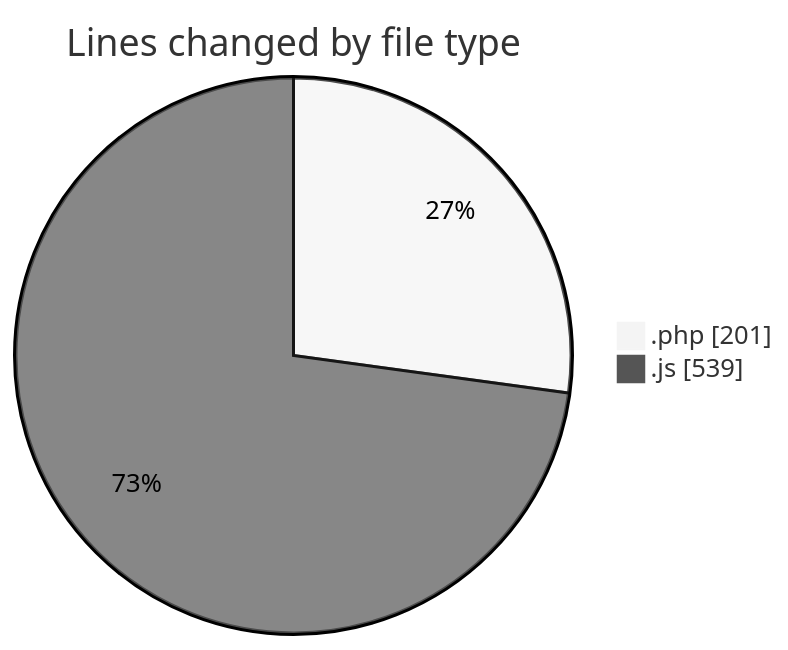
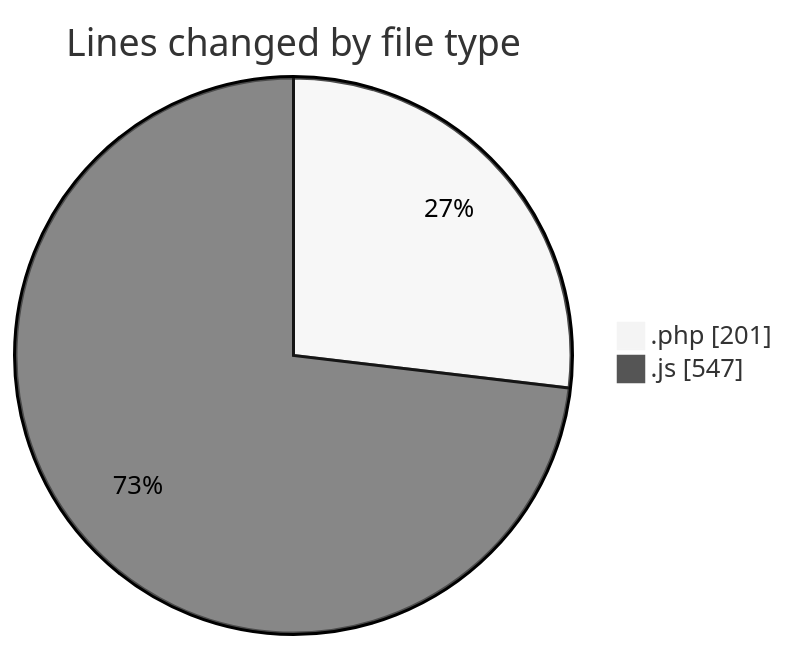
The first of 2 diagrams in 2025-09-29/untitled__workspace_/README.md (debugP/code-tracking), drawn with Mermaid (neutral theme) before and after one commit. The commit also changed other lines of this file and 1 other file, not shown here.

````diff
--- a/2025-09-29/untitled__workspace_/README.md
+++ b/2025-09-29/untitled__workspace_/README.md
@@ -21,6 +21,6 @@
 ```mermaid
 pie showData
 title Lines changed by file type
 ".php" : 201
-".js" : 539
+".js" : 547
 ```
````
